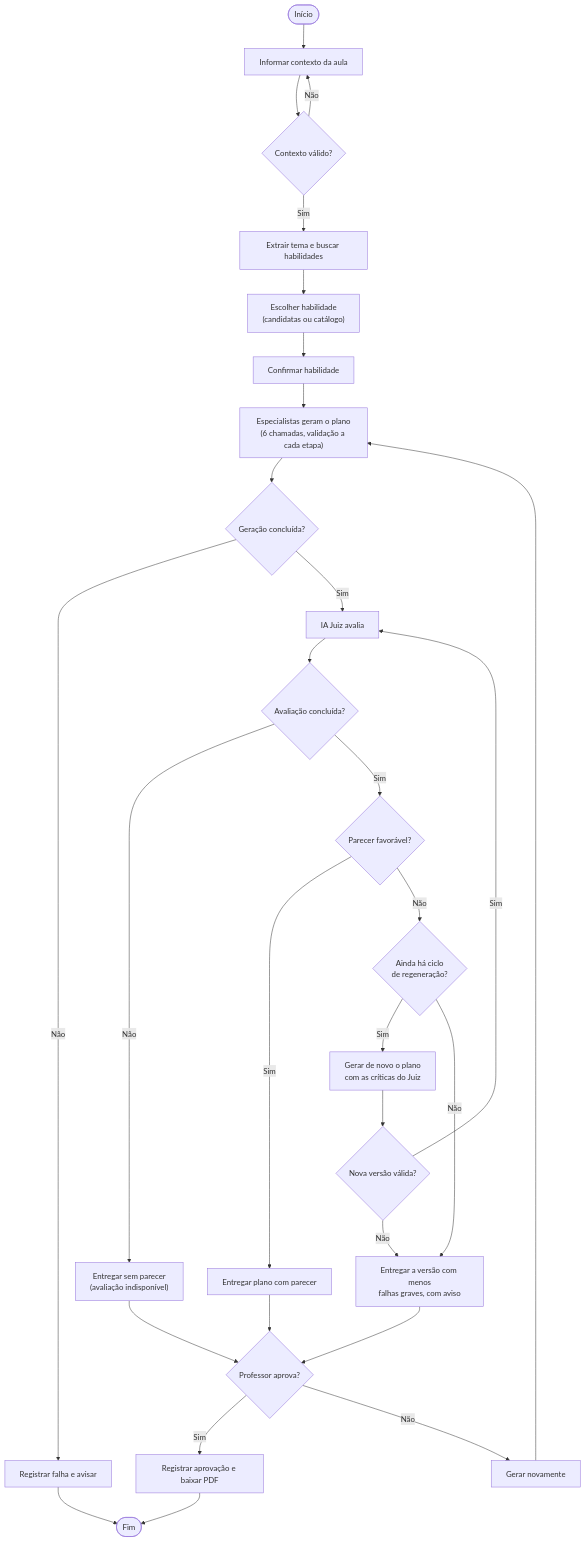
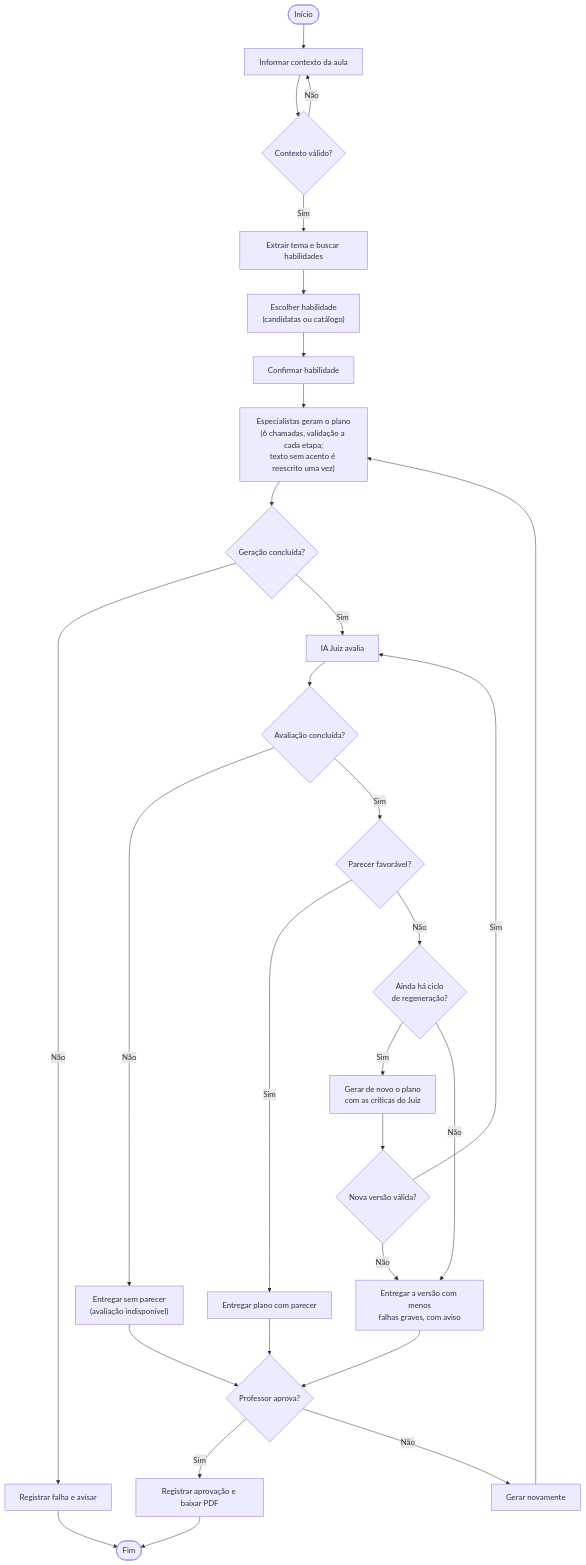
The diagram in docs/diagramas/final/atividades.mmd (Carneiro-Joao/tcc-plataforma-multiagente), drawn with Mermaid before and after one commit. The commit also changed 3 other files, not shown here.

First line of the commit message:
docs(diagramas): atividades cita a reescrita de acentuacao; diagramas-finais referencia as figuras novas

```diff
--- a/docs/diagramas/final/atividades.mmd
+++ b/docs/diagramas/final/atividades.mmd
@@ -1,29 +1,29 @@
 flowchart TD
     I(["Início"]) --> C["Informar contexto da aula"]
     C --> V{"Contexto válido?"}
     V -->|"Não"| C
     V -->|"Sim"| T["Extrair tema e buscar habilidades"]
     T --> H["Escolher habilidade<br/>(candidatas ou catálogo)"]
     H --> CF["Confirmar habilidade"]
-    CF --> G["Especialistas geram o plano<br/>(6 chamadas, validação a cada etapa)"]
+    CF --> G["Especialistas geram o plano<br/>(6 chamadas, validação a cada etapa;<br/>texto sem acento é reescrito uma vez)"]
     G --> OK{"Geração concluída?"}
     OK -->|"Não"| FG["Registrar falha e avisar"]
     OK -->|"Sim"| J["IA Juiz avalia"]
     J --> FJ{"Avaliação concluída?"}
     FJ -->|"Não"| SP["Entregar sem parecer<br/>(avaliação indisponível)"]
     FJ -->|"Sim"| FAV{"Parecer favorável?"}
     FAV -->|"Sim"| EN["Entregar plano com parecer"]
     FAV -->|"Não"| CI{"Ainda há ciclo<br/>de regeneração?"}
     CI -->|"Sim"| RG["Gerar de novo o plano<br/>com as críticas do Juiz"]
     RG --> RV{"Nova versão válida?"}
     RV -->|"Sim"| J
     RV -->|"Não"| MV
     CI -->|"Não"| MV["Entregar a versão com menos<br/>falhas graves, com aviso"]
     EN --> D{"Professor aprova?"}
     SP --> D
     MV --> D
     D -->|"Sim"| AP["Registrar aprovação e baixar PDF"]
     D -->|"Não"| NV["Gerar novamente"]
     NV --> G
     FG --> F(["Fim"])
     AP --> F
```
